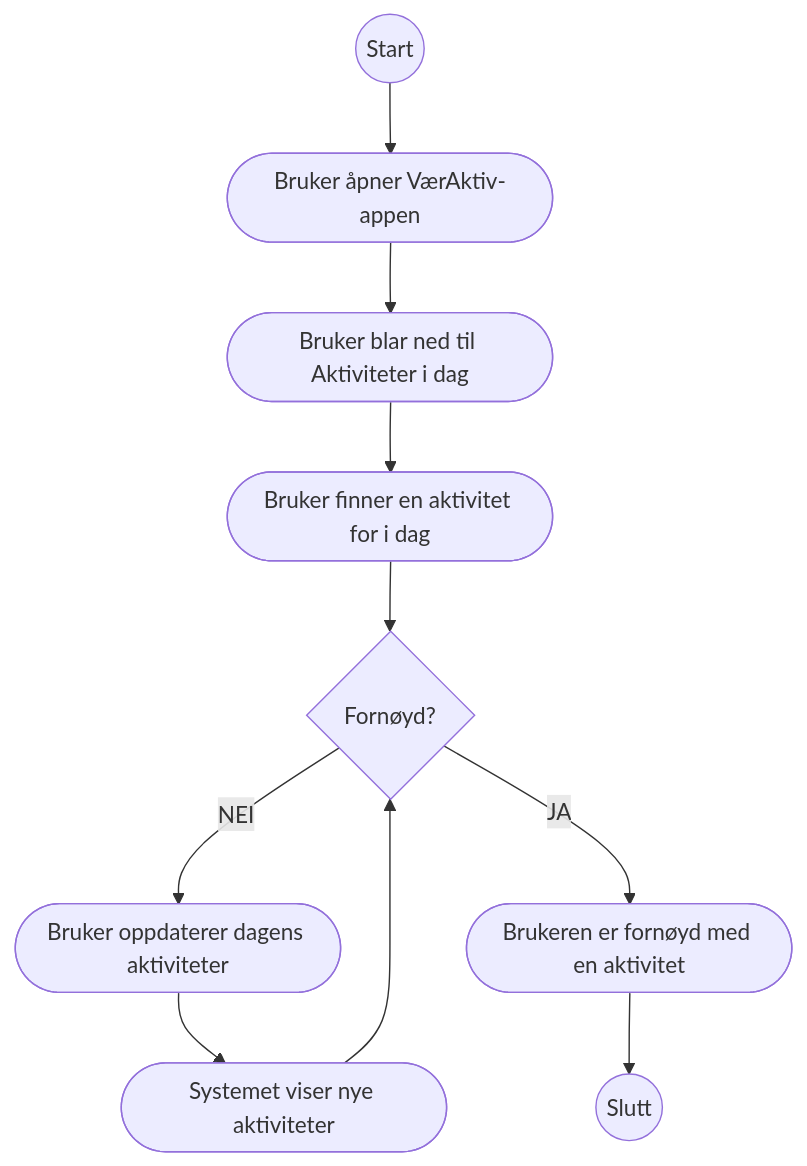
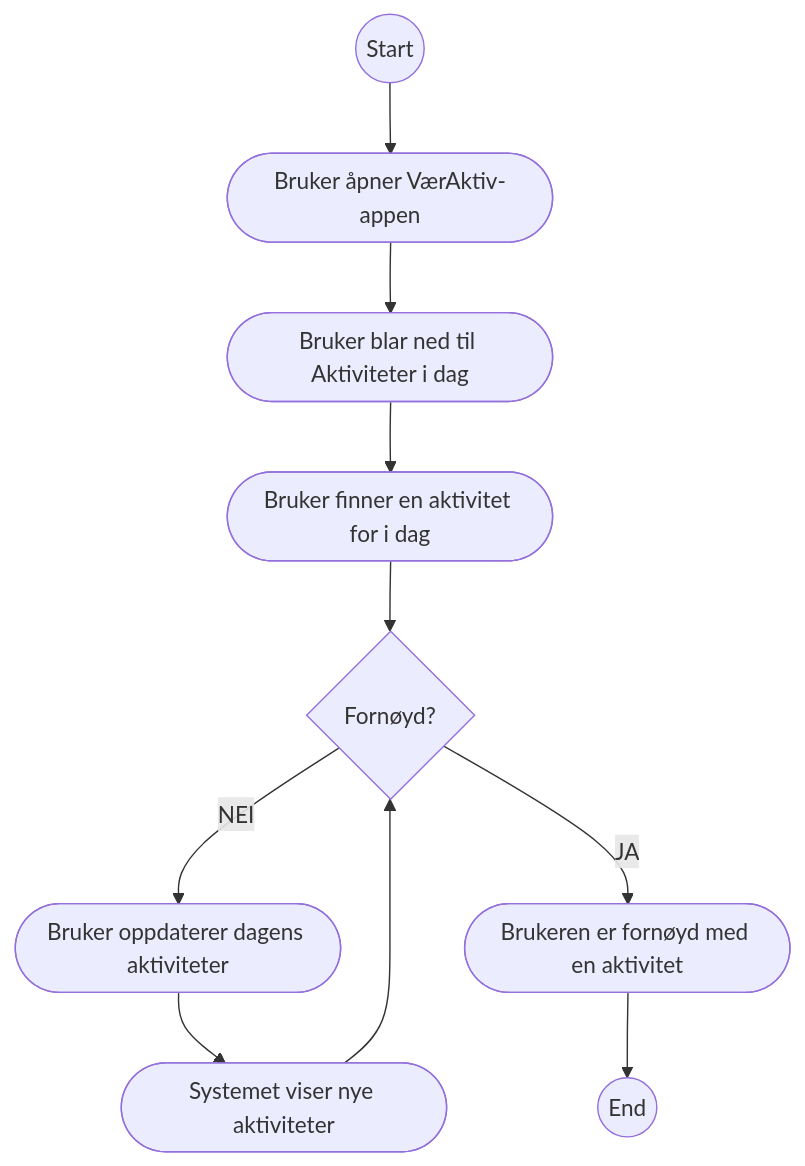
The diagram in diagrams/user_finds_activity/activitydiagram.md (GithubTechsupport/VaerAktiv), drawn with Mermaid before and after one commit. The commit also changed 33 other files, not shown here.

````diff
--- a/diagrams/user_finds_activity/activitydiagram.md
+++ b/diagrams/user_finds_activity/activitydiagram.md
@@ -1,28 +1,28 @@
 ```mermaid
 
    flowchart TD;
 
     Start((Start))
     AapnerApp([Bruker åpner VærAktiv-appen])
     BlaNed([Bruker blar ned til Aktiviteter i dag])
     FinnAktivitet([Bruker finner en aktivitet for i dag])
     OppdaterAktiviteter([Bruker oppdaterer dagens aktiviteter])
     VisNyeAktiviteter([Systemet viser nye aktiviteter])
     AvslutterFornøyd([Brukeren er fornøyd med en aktivitet])
-    Slutt((Slutt)) 
+    Slutt((End)) 
 
     ErFornøyd{Fornøyd?}
 
     Start --> AapnerApp
     AapnerApp --> BlaNed
     BlaNed --> FinnAktivitet
     FinnAktivitet --> ErFornøyd
 
     ErFornøyd -- NEI --> OppdaterAktiviteter
     OppdaterAktiviteter --> VisNyeAktiviteter
     VisNyeAktiviteter --> ErFornøyd
 
     ErFornøyd -- JA --> AvslutterFornøyd
     AvslutterFornøyd --> Slutt
 
 ```
````
